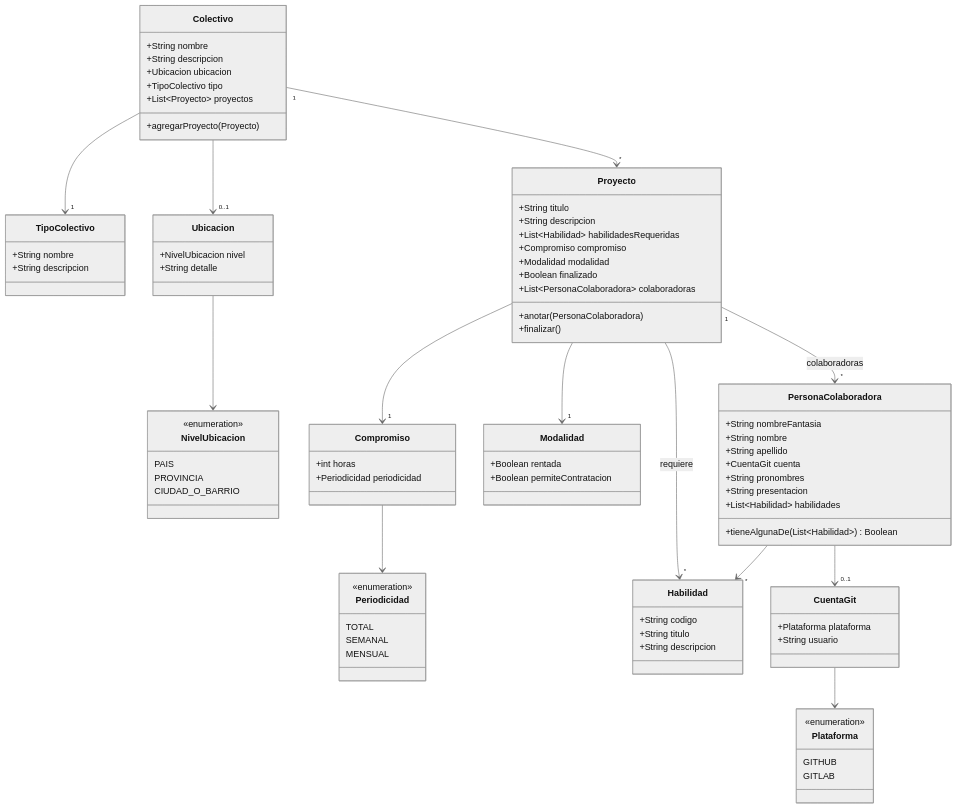
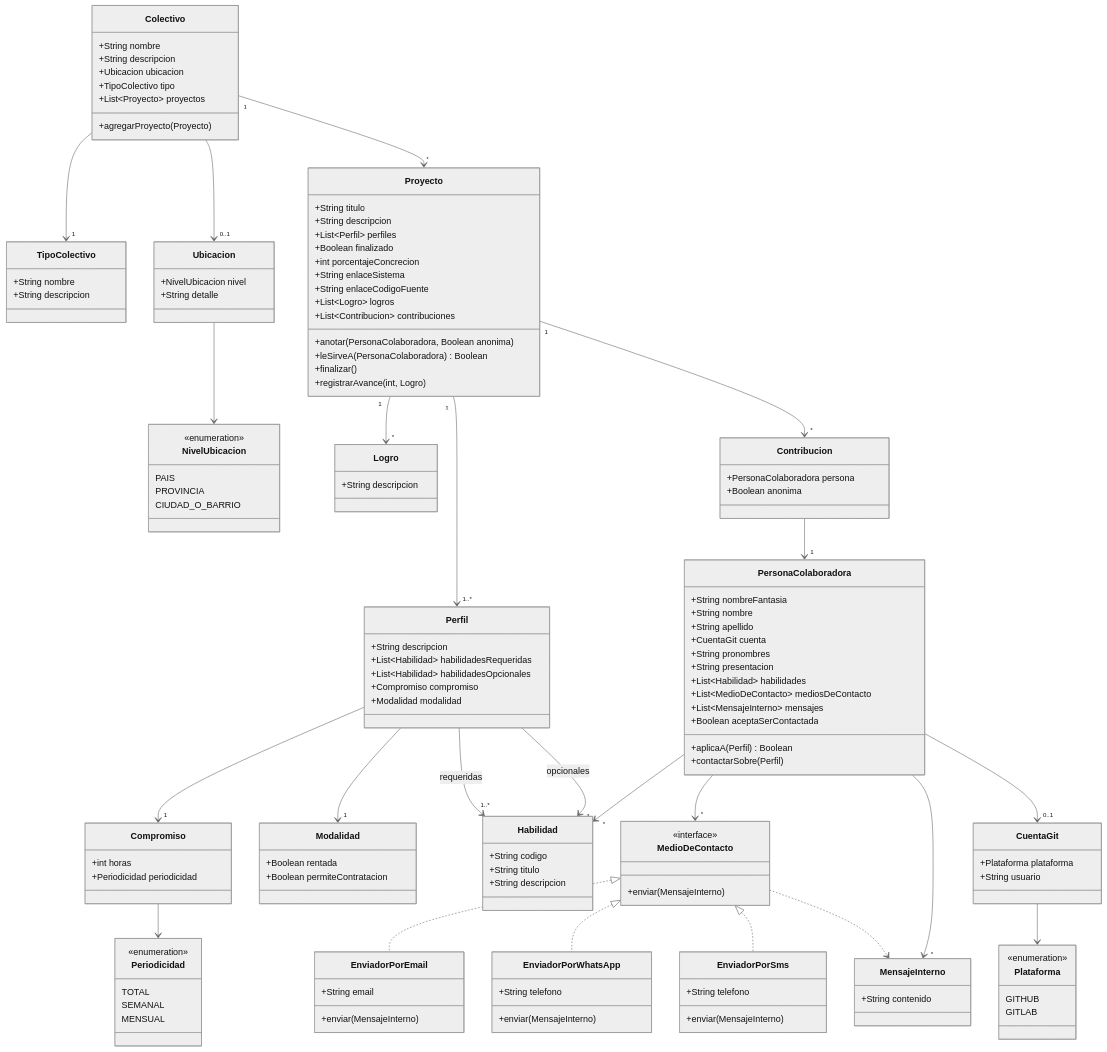
Before and after one commit to ddso-utn/kommanda: the diagram in diagrama-dominio-codigo-a-voluntad.md, drawn with Mermaid (neutral theme). The commit also changed other lines of this file, not shown here.

Commit message:
Entrega 2: perfiles, contribuciones, medios de contacto y logros

````diff
--- a/diagrama-dominio-codigo-a-voluntad.md
+++ b/diagrama-dominio-codigo-a-voluntad.md
@@ -31,13 +31,34 @@
     class Proyecto {
         +String titulo
         +String descripcion
+        +List~Perfil~ perfiles
+        +Boolean finalizado
+        +int porcentajeConcrecion
+        +String enlaceSistema
+        +String enlaceCodigoFuente
+        +List~Logro~ logros
+        +List~Contribucion~ contribuciones
+        +anotar(PersonaColaboradora, Boolean anonima)
+        +leSirveA(PersonaColaboradora) Boolean
+        +finalizar()
+        +registrarAvance(int, Logro)
+    }
+
+    class Perfil {
+        +String descripcion
         +List~Habilidad~ habilidadesRequeridas
+        +List~Habilidad~ habilidadesOpcionales
         +Compromiso compromiso
         +Modalidad modalidad
-        +Boolean finalizado
-        +List~PersonaColaboradora~ colaboradoras
-        +anotar(PersonaColaboradora)
-        +finalizar()
+    }
+
+    class Logro {
+        +String descripcion
+    }
+
+    class Contribucion {
+        +PersonaColaboradora persona
+        +Boolean anonima
     }
 
     class Compromiso {
@@ -71,7 +92,35 @@
         +String pronombres
         +String presentacion
         +List~Habilidad~ habilidades
-        +tieneAlgunaDe(List~Habilidad~) Boolean
+        +List~MedioDeContacto~ mediosDeContacto
+        +List~MensajeInterno~ mensajes
+        +Boolean aceptaSerContactada
+        +aplicaA(Perfil) Boolean
+        +contactarSobre(Perfil)
+    }
+
+    class MedioDeContacto {
+        <<interface>>
+        +enviar(MensajeInterno)
+    }
+
+    class EnviadorPorEmail {
+        +String email
+        +enviar(MensajeInterno)
+    }
+
+    class EnviadorPorWhatsApp {
+        +String telefono
+        +enviar(MensajeInterno)
+    }
+
+    class EnviadorPorSms {
+        +String telefono
+        +enviar(MensajeInterno)
+    }
+
+    class MensajeInterno {
+        +String contenido
     }
 
     class CuentaGit {
@@ -89,12 +138,22 @@
     Colectivo --> "1" TipoColectivo
     Colectivo --> "0..1" Ubicacion
     Ubicacion --> NivelUbicacion
-    Proyecto --> "1" Compromiso
-    Proyecto --> "1" Modalidad
-    Proyecto --> "*" Habilidad : requiere
-    Proyecto "1" --> "*" PersonaColaboradora : colaboradoras
+    Proyecto "1" --> "1..*" Perfil
+    Proyecto "1" --> "*" Logro
+    Proyecto "1" --> "*" Contribucion
+    Perfil --> "1..*" Habilidad : requeridas
+    Perfil --> "*" Habilidad : opcionales
+    Perfil --> "1" Compromiso
+    Perfil --> "1" Modalidad
     Compromiso --> Periodicidad
+    Contribucion --> "1" PersonaColaboradora
     PersonaColaboradora --> "*" Habilidad
+    PersonaColaboradora --> "*" MedioDeContacto
     PersonaColaboradora --> "0..1" CuentaGit
+    MedioDeContacto <|.. EnviadorPorEmail
+    MedioDeContacto <|.. EnviadorPorWhatsApp
+    MedioDeContacto <|.. EnviadorPorSms
+    MedioDeContacto ..> MensajeInterno
+    PersonaColaboradora --> "*" MensajeInterno
     CuentaGit --> Plataforma
 ```
````
